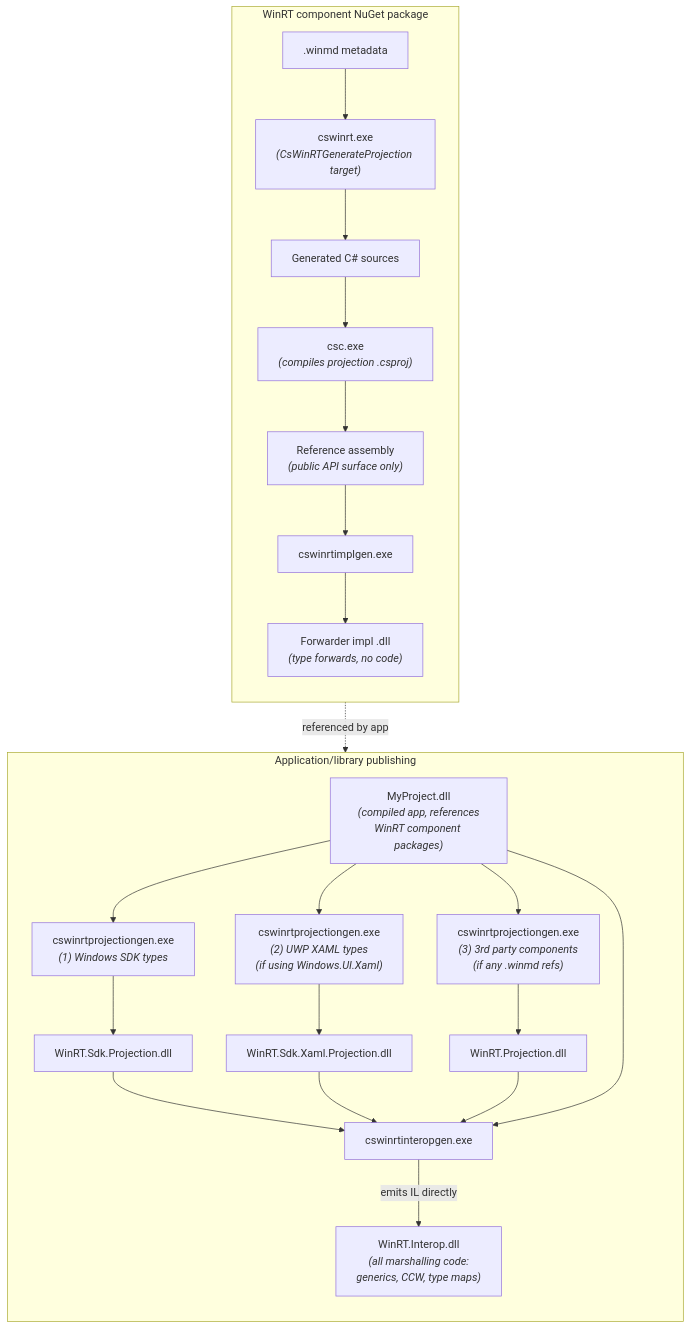
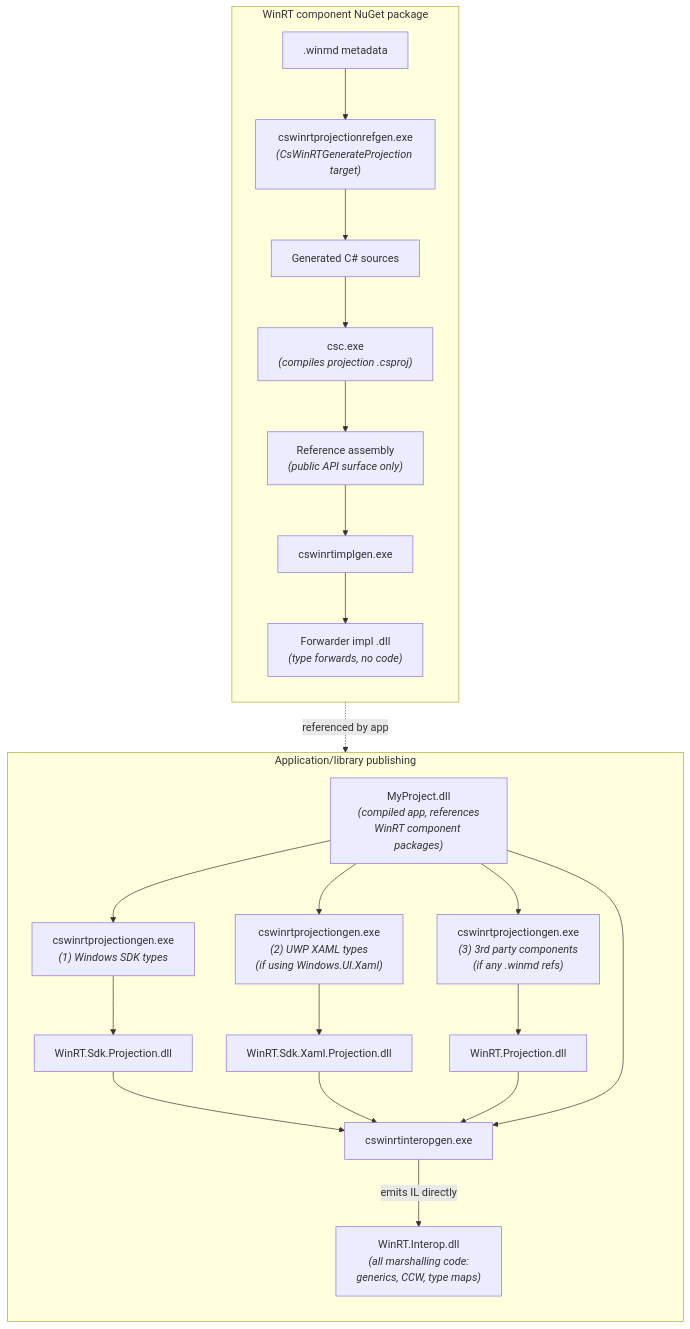
Before and after one commit to microsoft/CsWinRT: the first of 2 diagrams in .github/copilot-instructions.md, drawn with Mermaid. The commit also changed other lines of this file and 6 other files, not shown here.

````diff
--- a/.github/copilot-instructions.md
+++ b/.github/copilot-instructions.md
@@ -53,44 +54,44 @@
 ```mermaid
 graph TD
     subgraph NUGET ["WinRT component NuGet package"]
         direction TB
         WINMD[".winmd metadata"]
-        CSWINRT["cswinrt.exe<br/><i>(CsWinRTGenerateProjection target)</i>"]
+        CSWINRT["cswinrtprojectionrefgen.exe<br/><i>(CsWinRTGenerateProjection target)</i>"]
         CS_SOURCES["Generated C# sources"]
         CSC_LIB["csc.exe<br/><i>(compiles projection .csproj)</i>"]
         REF_ASM["Reference assembly<br/><i>(public API surface only)</i>"]
         IMPLGEN["cswinrtimplgen.exe"]
         IMPL_DLL["Forwarder impl .dll<br/><i>(type forwards, no code)</i>"]
 
         WINMD --> CSWINRT --> CS_SOURCES --> CSC_LIB --> REF_ASM --> IMPLGEN --> IMPL_DLL
     end
 
     subgraph APP ["Application/library publishing"]
         direction TB
         MY_DLL["MyProject.dll<br/><i>(compiled app, references<br/>WinRT component packages)</i>"]
 
         PROJGEN_SDK["cswinrtprojectiongen.exe<br/><i>(1) Windows SDK types</i>"]
         SDK_PROJ["WinRT.Sdk.Projection.dll"]
 
         PROJGEN_XAML["cswinrtprojectiongen.exe<br/><i>(2) UWP XAML types<br/>(if using Windows.UI.Xaml)</i>"]
         XAML_PROJ["WinRT.Sdk.Xaml.Projection.dll"]
 
         PROJGEN_3P["cswinrtprojectiongen.exe<br/><i>(3) 3rd party components<br/>(if any .winmd refs)</i>"]
         MERGED_PROJ["WinRT.Projection.dll"]
 
         INTEROPGEN["cswinrtinteropgen.exe"]
         INTEROP["WinRT.Interop.dll<br/><i>(all marshalling code:<br/>generics, CCW, type maps)</i>"]
 
         MY_DLL --> PROJGEN_SDK --> SDK_PROJ
         MY_DLL --> PROJGEN_XAML --> XAML_PROJ
         MY_DLL --> PROJGEN_3P --> MERGED_PROJ
 
         SDK_PROJ --> INTEROPGEN
         XAML_PROJ --> INTEROPGEN
         MERGED_PROJ --> INTEROPGEN
         MY_DLL --> INTEROPGEN
         INTEROPGEN -->|"emits IL directly"| INTEROP
     end
 
     IMPL_DLL -.->|"referenced by app"| MY_DLL
 ```
````
